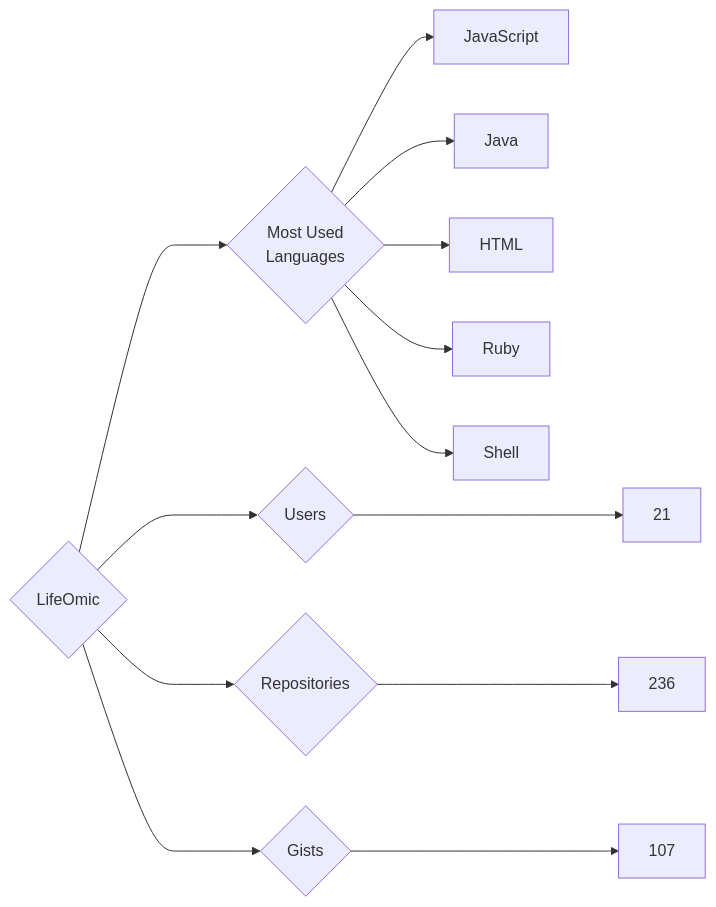
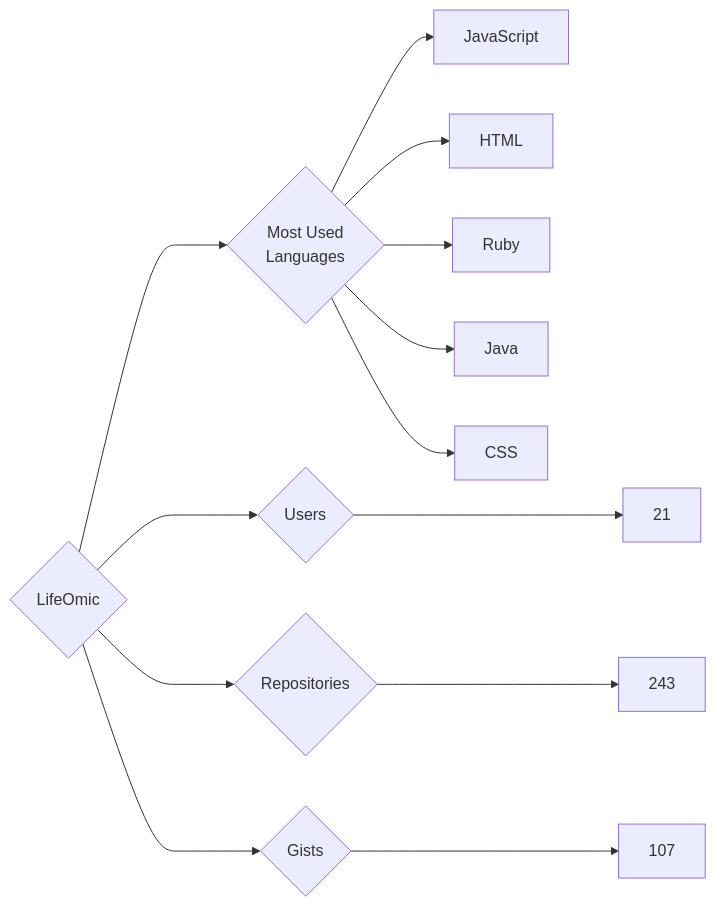
Before and after one commit to trickest/insiders: the diagram in targets/LifeOmic/README.md, drawn with Mermaid. The commit also changed 914 other files, not shown here.

````diff
--- a/targets/LifeOmic/README.md
+++ b/targets/LifeOmic/README.md
@@ -3,13 +3,13 @@
 ```mermaid
 graph LR
 COMPANY_NAME{LifeOmic}
 COMPANY_NAME ---> U{Users} ---> UN[21]
-COMPANY_NAME ---> R{Repositories} ---> RN[236]
+COMPANY_NAME ---> R{Repositories} ---> RN[243]
 COMPANY_NAME ---> G{Gists} ---> GN[107]
 COMPANY_NAME ---> ML{Most Used<br>Languages}
 ML --> JavaScript[JavaScript]
-ML --> Java[Java]
 ML --> HTML[HTML]
 ML --> Ruby[Ruby]
-ML --> Shell[Shell]
+ML --> Java[Java]
+ML --> CSS[CSS]
 ```
````
